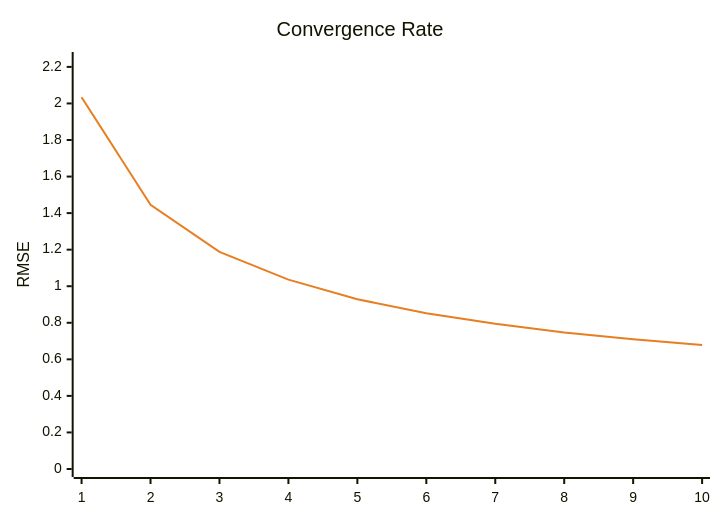
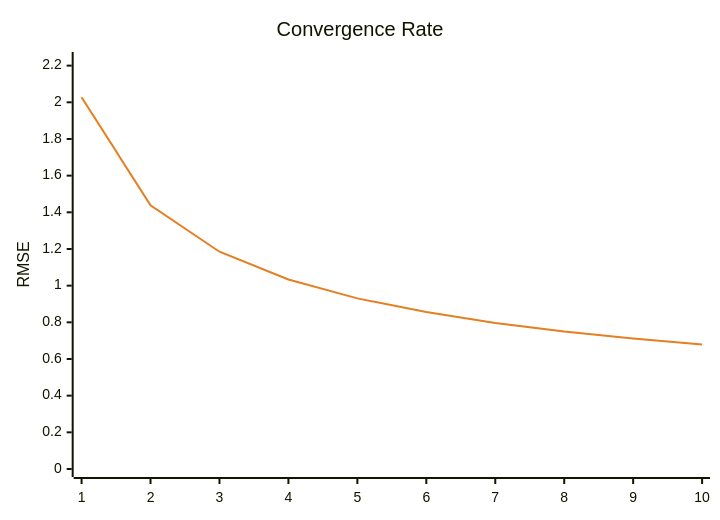
One commit to timo-eberl/tracy changed the second of 2 diagrams in README.md. Above: the diagram before and after it, drawn with Mermaid. The commit also changed other lines of this file and 3 other files, not shown here.

````diff
--- a/README.md
+++ b/README.md
@@ -25,14 +25,14 @@
 ```mermaid
 ---
 config:
     theme: base
     themeVariables:
         xyChart:
             plotColorPalette: "#e67e22"
 ---
 xychart-beta
     title "Convergence Rate"
     x-axis ["1", "2", "3", "4", "5", "6", "7", "8", "9", "10"]
-    y-axis "RMSE" 0 --> 2.2377
-    line [2.0343, 1.4458, 1.1881, 1.036, 0.9288, 0.8524, 0.795, 0.7474, 0.7094, 0.6778]
+    y-axis "RMSE" 0 --> 2.2307
+    line [2.0279, 1.4381, 1.185, 1.0336, 0.9306, 0.8561, 0.7964, 0.7495, 0.7116, 0.6796]
 ```
````
